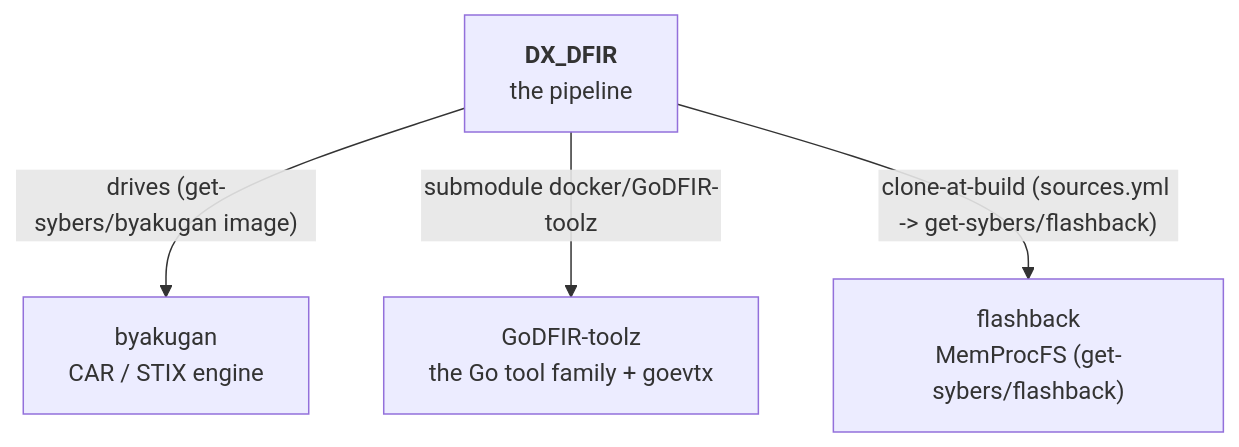
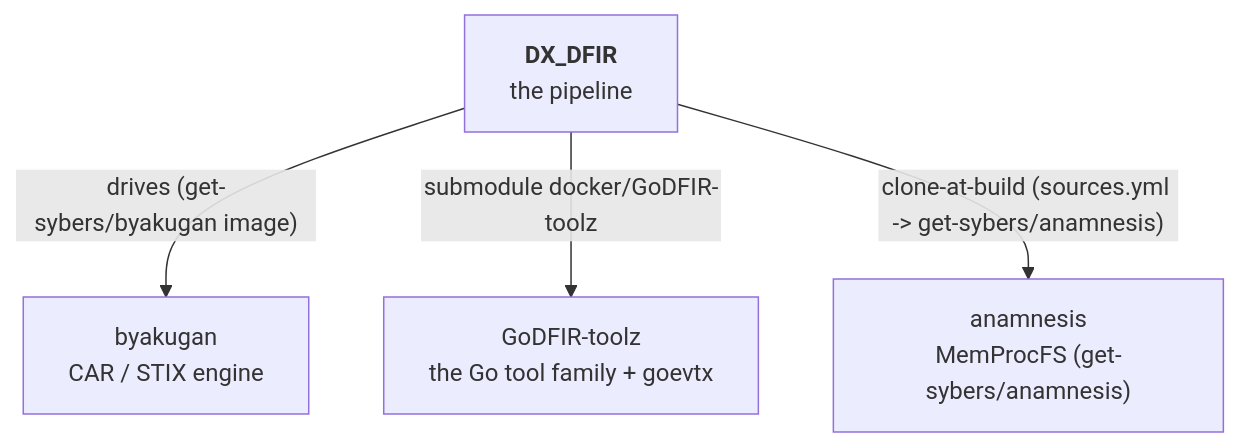
The diagram in docs/reference/repository-map.md (Get-Sybers/DX_DFIR), drawn with Mermaid before and after one commit. The commit also changed other lines of this file and 26 other files, not shown here.

First line of the commit message:
Rename flashback → Anamnesis (memory lane tool/image refs)

````diff
--- a/docs/reference/repository-map.md
+++ b/docs/reference/repository-map.md
@@ -8,10 +8,10 @@
 ```mermaid
 flowchart TD
     DX["<b>DX_DFIR</b><br/>the pipeline"]
     BYA["byakugan<br/>CAR / STIX engine"]
     TOOLZ["GoDFIR-toolz<br/>the Go tool family + goevtx"]
-    MEM["flashback<br/>MemProcFS (get-sybers/flashback)"]
+    MEM["anamnesis<br/>MemProcFS (get-sybers/anamnesis)"]
     DX -->|"drives (get-sybers/byakugan image)"| BYA
     DX -->|"submodule docker/GoDFIR-toolz"| TOOLZ
-    DX -->|"clone-at-build (sources.yml -> get-sybers/flashback)"| MEM
+    DX -->|"clone-at-build (sources.yml -> get-sybers/anamnesis)"| MEM
 ```
````
